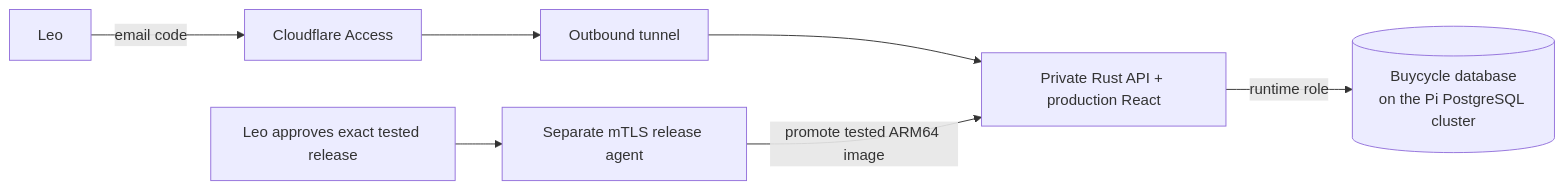
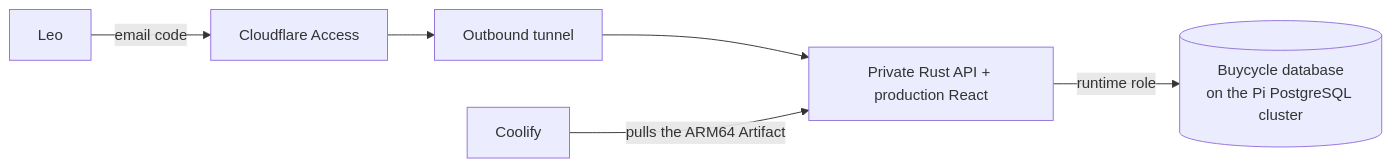
The diagram in apps/buycycle/ops/README.md (F0rge/f0rge), drawn with Mermaid before and after one commit. The commit also changed other lines of this file and 172 other files, not shown here.

First line of the commit message:
ci: one CI workflow and one CD workflow that release every App on merge (#989)

````diff
--- a/apps/buycycle/ops/README.md
+++ b/apps/buycycle/ops/README.md
@@ -7,9 +7,8 @@
 ```mermaid
 flowchart LR
   Leo -->|email code| Access[Cloudflare Access]
   Access --> Tunnel[Outbound tunnel]
   Tunnel --> App[Private Rust API + production React]
   App -->|runtime role| DB[(Buycycle database\non the Pi PostgreSQL cluster)]
-  Approval[Leo approves exact tested release] --> Agent[Separate mTLS release agent]
-  Agent -->|promote tested ARM64 image| App
+  Coolify -->|pulls the ARM64 Artifact| App
 ```
````
